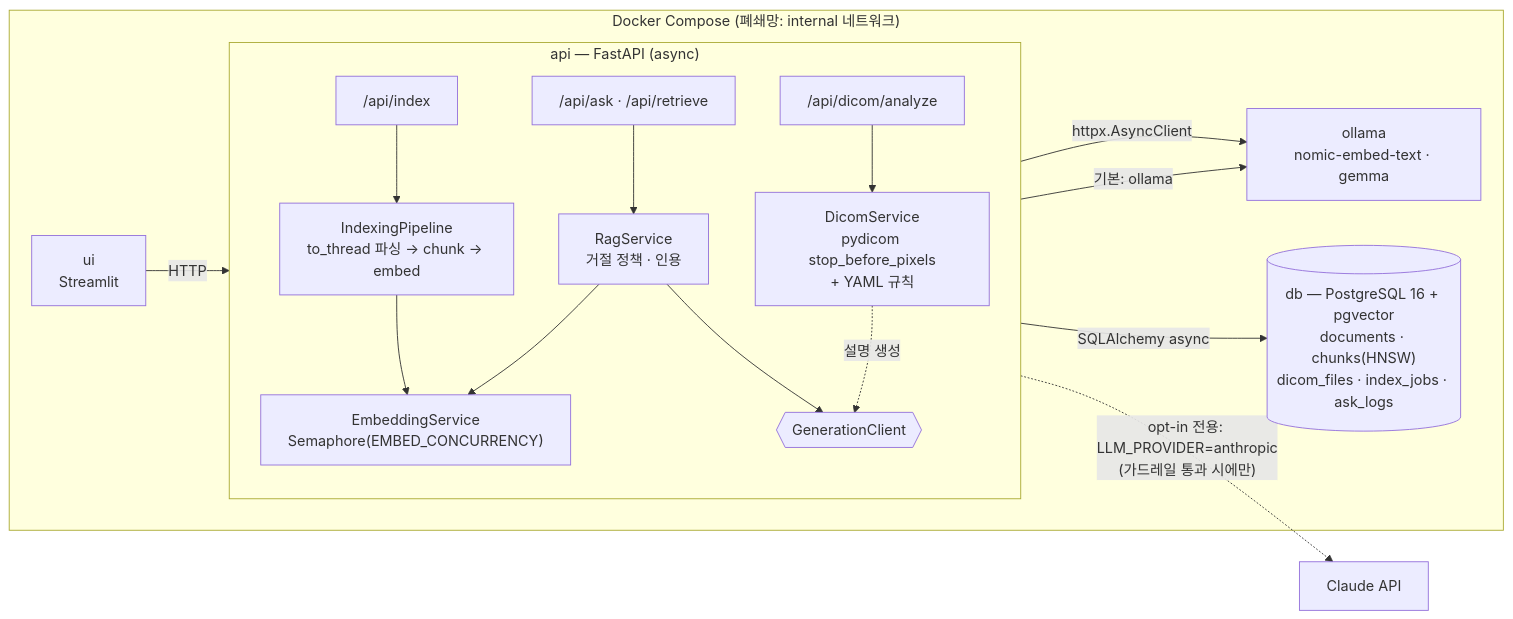
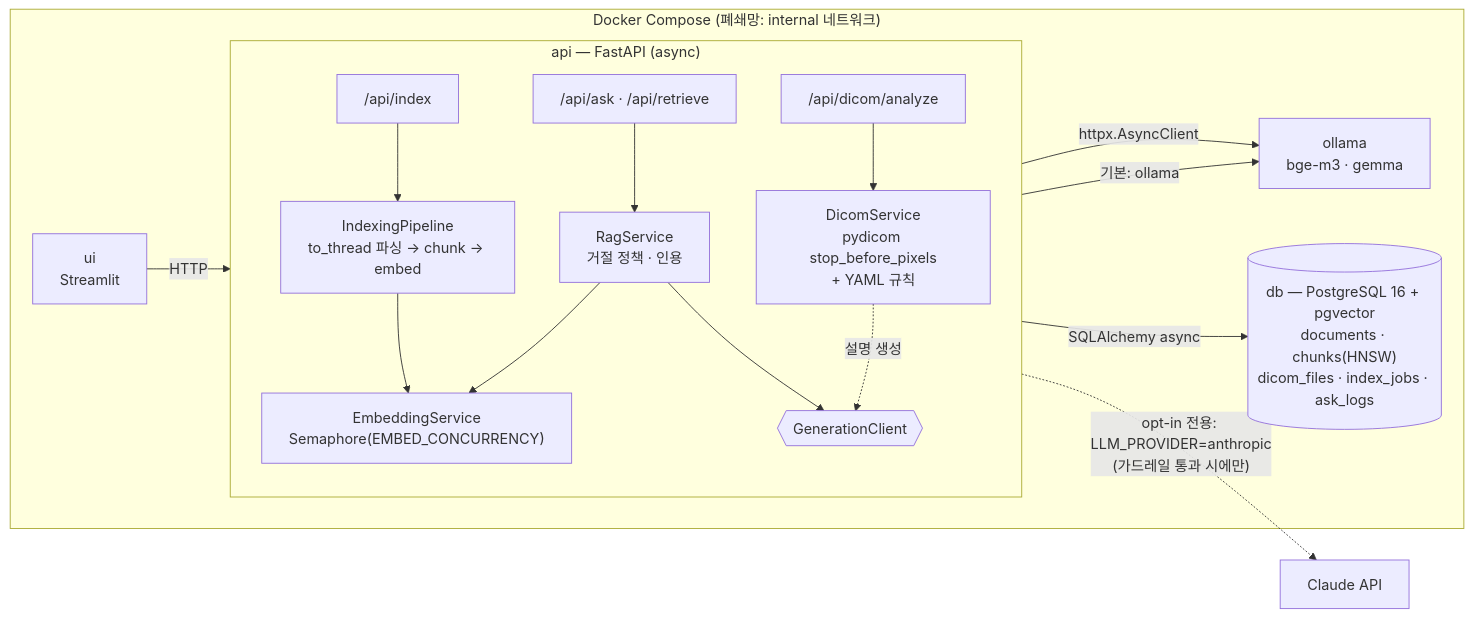
One commit to yooonhyuk/clinical-rag-qa changed the diagram in README.md. Above: the diagram before and after it, drawn with Mermaid. The commit also changed other lines of this file and 1 other file, not shown here.

First line of the commit message:
docs: issue 001 (Korean [UNK] embeddings) write-up and bge-m3 eval matrix

````diff
--- a/README.md
+++ b/README.md
@@ -18,20 +18,20 @@
 ```mermaid
 flowchart LR
     subgraph host["Docker Compose (폐쇄망: internal 네트워크)"]
         UI["ui<br/>Streamlit"] -->|HTTP| API
         subgraph API["api — FastAPI (async)"]
             direction TB
             R["/api/ask · /api/retrieve"] --> RAG["RagService<br/>거절 정책 · 인용"]
             I["/api/index"] --> P["IndexingPipeline<br/>to_thread 파싱 → chunk → embed"]
             D["/api/dicom/analyze"] --> DS["DicomService<br/>pydicom stop_before_pixels<br/>+ YAML 규칙"]
             P --> ES["EmbeddingService<br/>Semaphore(EMBED_CONCURRENCY)"]
             RAG --> ES
             RAG --> GEN{{"GenerationClient"}}
             DS -. 설명 생성 .-> GEN
         end
-        ES -->|httpx.AsyncClient| OL["ollama<br/>nomic-embed-text · gemma"]
+        ES -->|httpx.AsyncClient| OL["ollama<br/>bge-m3 · gemma"]
         GEN -->|기본: ollama| OL
         API -->|SQLAlchemy async| DB[("db — PostgreSQL 16 + pgvector<br/>documents · chunks(HNSW)<br/>dicom_files · index_jobs · ask_logs")]
     end
     GEN -. "opt-in 전용: LLM_PROVIDER=anthropic<br/>(가드레일 통과 시에만)" .-> CL["Claude API"]
 ```
````
